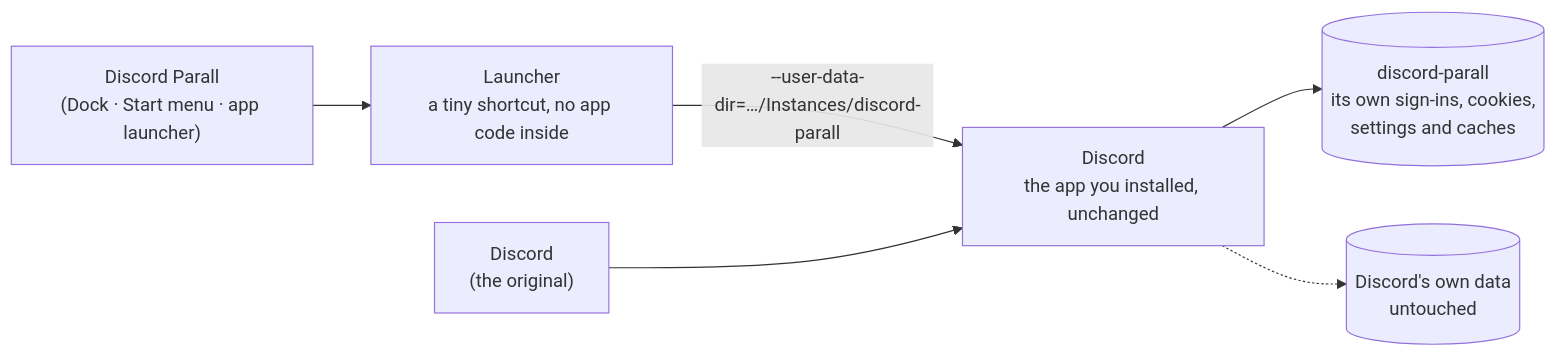
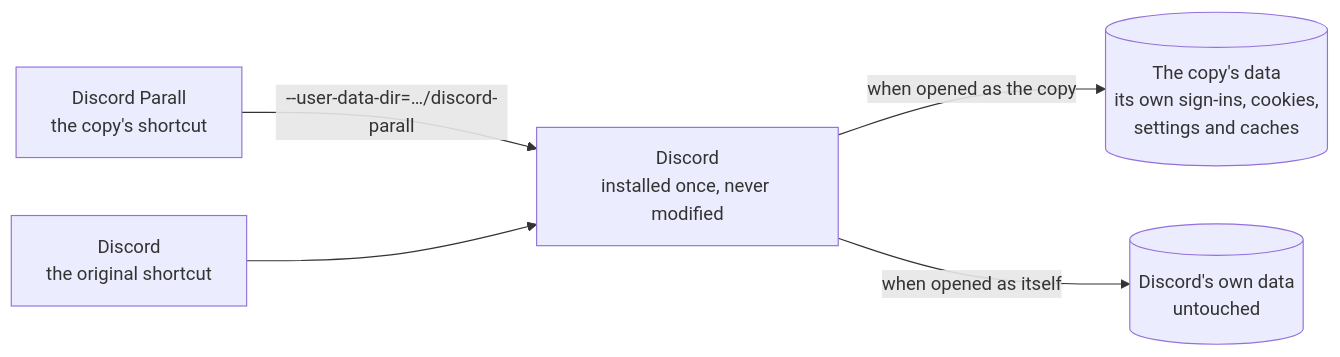
The diagram in README.md (Ali-expandings/openparallel), drawn with Mermaid before and after one commit. The commit also changed other lines of this file, not shown here.

Commit message:
README: clearer how-it-works diagram; encode badge text
The diagram now shows the copy and the original as two paths through the same
installed app, each to its own data.

````diff
--- a/README.md
+++ b/README.md
@@ -88,8 +88,7 @@
 ```mermaid
 flowchart LR
-    S["Discord Parall<br/>(Dock · Start menu · app launcher)"] --> L["Launcher<br/>a tiny shortcut, no app code inside"]
-    L -->|"--user-data-dir=…/Instances/discord-parall"| A["Discord<br/>the app you installed, unchanged"]
-    A --> D[("discord-parall<br/>its own sign-ins, cookies,<br/>settings and caches")]
-    O["Discord<br/>(the original)"] --> A
-    A -.-> P[("Discord's own data<br/>untouched")]
+    C["Discord Parall<br/>the copy's shortcut"] -->|"--user-data-dir=…/discord-parall"| A["Discord<br/>installed once, never modified"]
+    O["Discord<br/>the original shortcut"] --> A
+    A -->|"when opened as the copy"| D[("The copy's data<br/>its own sign-ins, cookies,<br/>settings and caches")]
+    A -->|"when opened as itself"| P[("Discord's own data<br/>untouched")]
 ```
````
